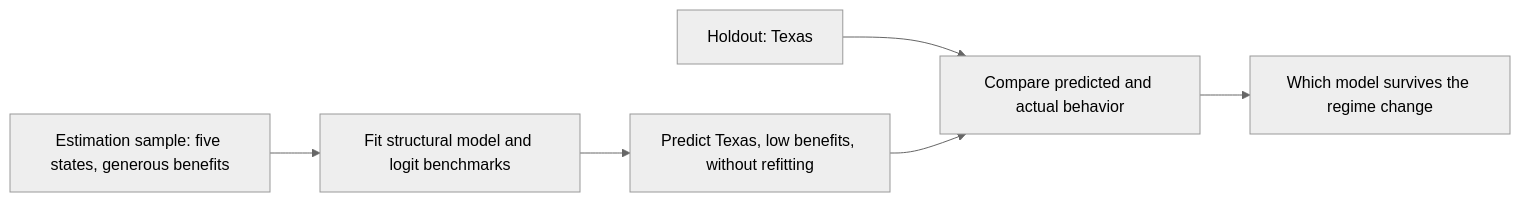
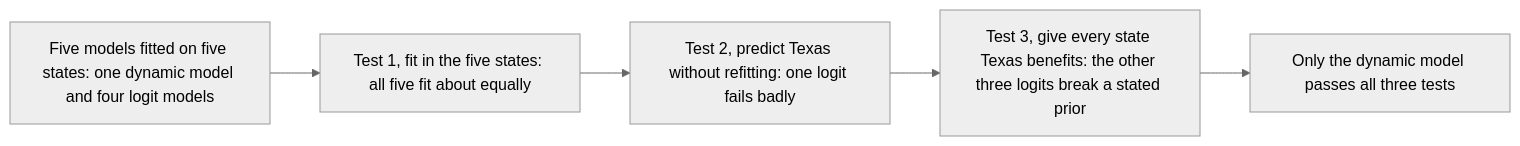
The diagram in content/Phase II/Wiki/Collections/Supplementary Research Papers/2007 Nonrandom Holdout Validation.md (bonding-curves/avalanche-phase-ii-research), drawn with Mermaid (neutral theme) before and after one commit. The commit also changed other lines of this file and 27 other files, not shown here.

````diff
--- a/content/Phase II/Wiki/Collections/Supplementary Research Papers/2007 Nonrandom Holdout Validation.md
+++ b/content/Phase II/Wiki/Collections/Supplementary Research Papers/2007 Nonrandom Holdout Validation.md
@@ -16,8 +16,7 @@
 ```mermaid
 flowchart LR
-  E["Estimation sample: five states, generous benefits"] --> F["Fit structural model and logit benchmarks"]
-  F --> P["Predict Texas, low benefits, without refitting"]
-  H["Holdout: Texas"] --> C["Compare predicted and actual behavior"]
-  P --> C
-  C --> V["Which model survives the regime change"]
+  M["Five models fitted on five states: one dynamic model and four logit models"] --> T1["Test 1, fit in the five states: all five fit about equally"]
+  T1 --> T2["Test 2, predict Texas without refitting: one logit fails badly"]
+  T2 --> T3["Test 3, give every state Texas benefits: the other three logits break a stated prior"]
+  T3 --> S["Only the dynamic model passes all three tests"]
 ```
````
